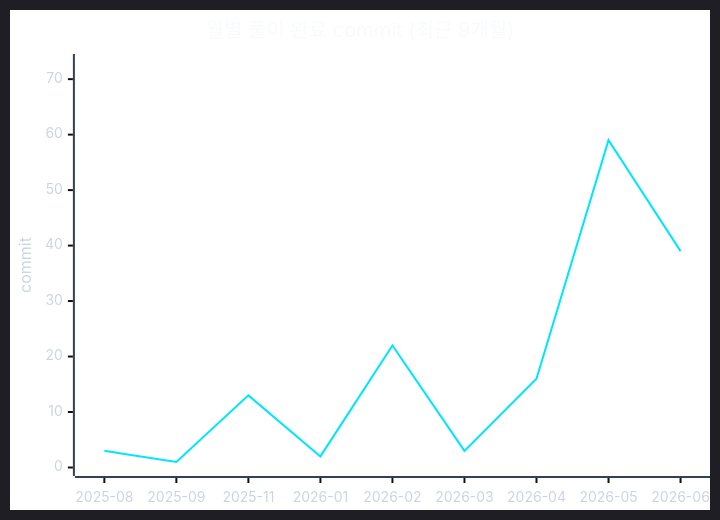
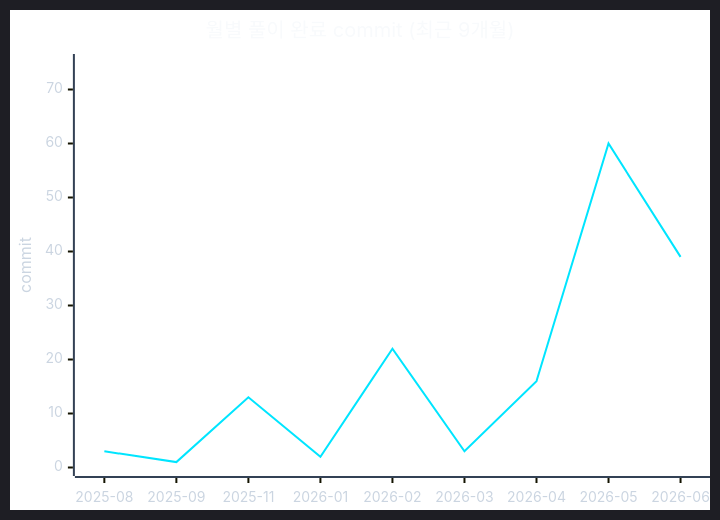
The second of 2 diagrams in readme.md (CHOOSLA/Algorithm), drawn with Mermaid before and after one commit. The commit also changed other lines of this file and 2 other files, not shown here.

````diff
--- a/readme.md
+++ b/readme.md
@@ -71,22 +71,22 @@
 ```mermaid
 ---
 config:
   theme: dark
   themeVariables:
     background: '#0d1117'
     xyChart:
       titleColor: '#f8fafc'
       xAxisLabelColor: '#cbd5e1'
       xAxisTitleColor: '#cbd5e1'
       xAxisLineColor: '#334155'
       yAxisLabelColor: '#cbd5e1'
       yAxisTitleColor: '#cbd5e1'
       yAxisLineColor: '#334155'
       plotColorPalette: '#00e5ff'
 ---
 xychart-beta
   title "월별 풀이 완료 commit (최근 9개월)"
   x-axis ["2025-08", "2025-09", "2025-11", "2026-01", "2026-02", "2026-03", "2026-04", "2026-05", "2026-06"]
-  y-axis "commit" 0 --> 73
-  line [3, 1, 13, 2, 22, 3, 16, 59, 39]
+  y-axis "commit" 0 --> 75
+  line [3, 1, 13, 2, 22, 3, 16, 60, 39]
 ```
````
